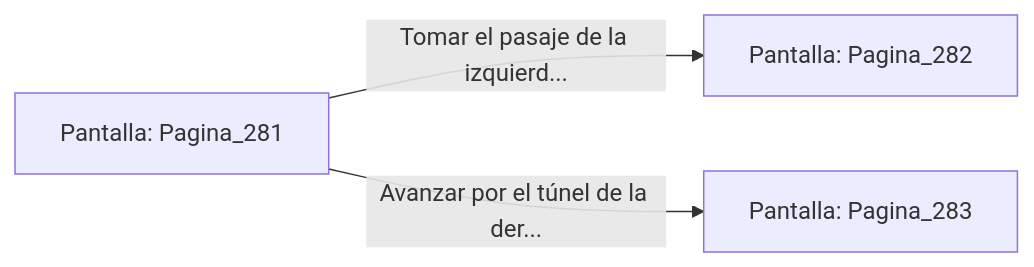
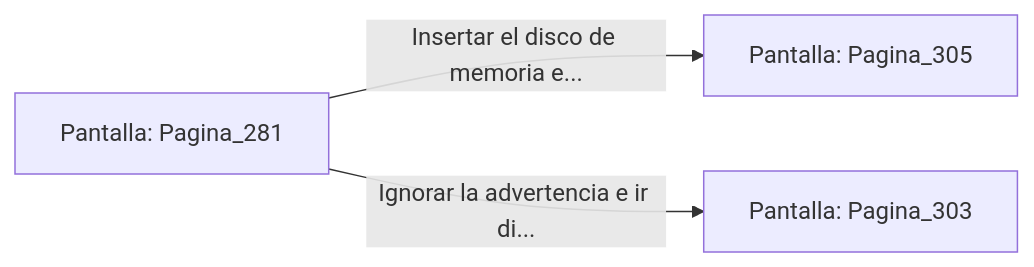
Before and after one commit to metsuke/mpl: the diagram in sample/eligejuego-vault/Pantalla_Pagina_281.md, drawn with Mermaid. The commit also changed other lines of this file and 635 other files, not shown here.

First line of the commit message:
fix: añadir Pagina_1 como pantalla inicial en capitulo_01.mpl

````diff
--- a/sample/eligejuego-vault/Pantalla_Pagina_281.md
+++ b/sample/eligejuego-vault/Pantalla_Pagina_281.md
@@ -20,6 +24,6 @@
 ```mermaid
 graph LR
     P_Pagina_281["Pantalla: Pagina_281"]
-    P_Pagina_281 -->|"Tomar el pasaje de la izquierd..."| P_Pagina_282["Pantalla: Pagina_282"]
-    P_Pagina_281 -->|"Avanzar por el túnel de la der..."| P_Pagina_283["Pantalla: Pagina_283"]
+    P_Pagina_281 -->|"Insertar el disco de memoria e..."| P_Pagina_305["Pantalla: Pagina_305"]
+    P_Pagina_281 -->|"Ignorar la advertencia e ir di..."| P_Pagina_303["Pantalla: Pagina_303"]
 ```
````
